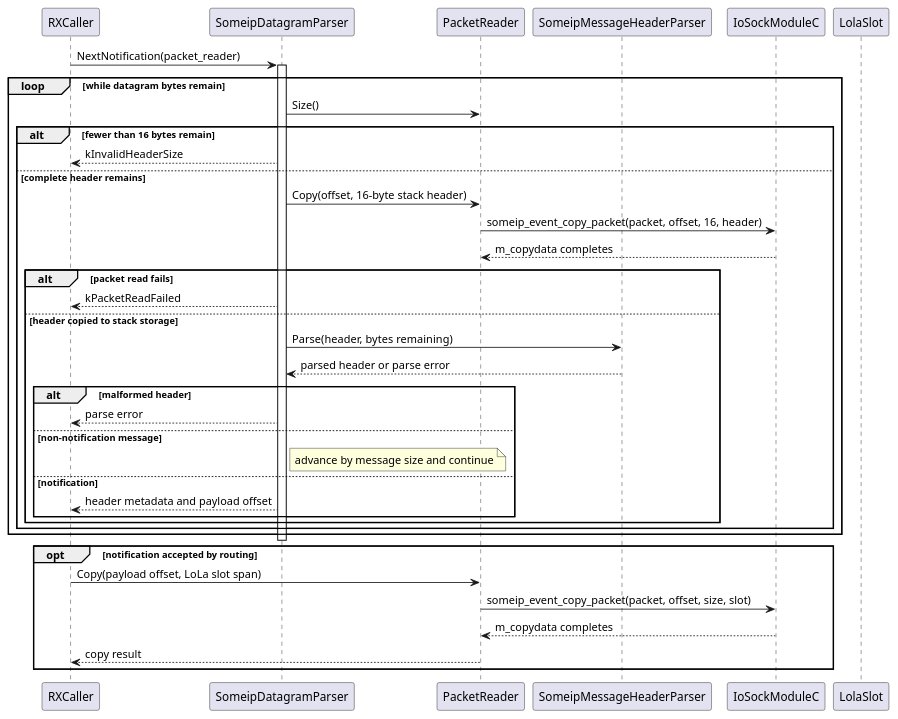
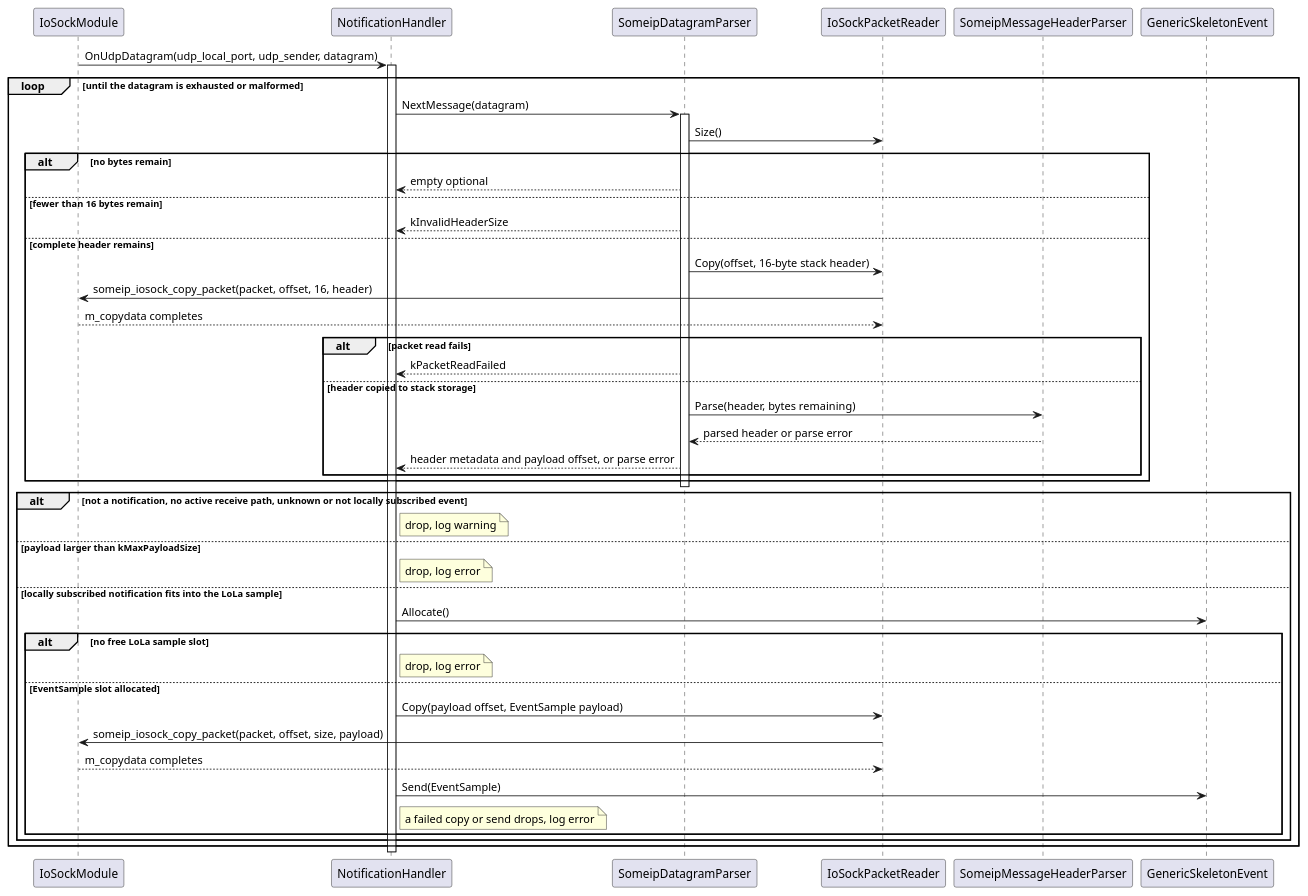
Before and after one commit to eclipse-score/communication: the diagram in score/someip/routing_module/notification_handler/dependability/someip_datagram_parser_sequence.puml, drawn with PlantUML. The commit also changed 12 other files, not shown here.

```diff
--- a/score/someip/routing_module/notification_handler/dependability/someip_datagram_parser_sequence.puml
+++ b/score/someip/routing_module/notification_handler/dependability/someip_datagram_parser_sequence.puml
@@ -14,44 +14,53 @@
 @startuml someip_datagram_parser_sequence
 
-participant RXCaller as Caller
+participant IoSockModule
+participant NotificationHandler
 participant SomeipDatagramParser as DatagramParser
-participant PacketReader
+participant IoSockPacketReader as PacketReader
 participant SomeipMessageHeaderParser as HeaderParser
-participant IoSockModuleC
-participant LolaSlot
+participant GenericSkeletonEvent as LolaEvent
 
-Caller -> DatagramParser : NextNotification(packet_reader)
-activate DatagramParser
-loop while datagram bytes remain
+IoSockModule -> NotificationHandler : OnUdpDatagram(udp_local_port, udp_sender, datagram)
+activate NotificationHandler
+loop until the datagram is exhausted or malformed
+    NotificationHandler -> DatagramParser : NextMessage(datagram)
+    activate DatagramParser
     DatagramParser -> PacketReader : Size()
-    alt fewer than 16 bytes remain
-        DatagramParser --> Caller : kInvalidHeaderSize
+    alt no bytes remain
+        DatagramParser --> NotificationHandler : empty optional
+    else fewer than 16 bytes remain
+        DatagramParser --> NotificationHandler : kInvalidHeaderSize
     else complete header remains
         DatagramParser -> PacketReader : Copy(offset, 16-byte stack header)
-        PacketReader -> IoSockModuleC : someip_event_copy_packet(packet, offset, 16, header)
-        IoSockModuleC --> PacketReader : m_copydata completes
+        PacketReader -> IoSockModule : someip_iosock_copy_packet(packet, offset, 16, header)
+        IoSockModule --> PacketReader : m_copydata completes
         alt packet read fails
-            DatagramParser --> Caller : kPacketReadFailed
+            DatagramParser --> NotificationHandler : kPacketReadFailed
         else header copied to stack storage
             DatagramParser -> HeaderParser : Parse(header, bytes remaining)
             HeaderParser --> DatagramParser : parsed header or parse error
-            alt malformed header
-                DatagramParser --> Caller : parse error
-            else non-notification message
-                note right of DatagramParser : advance by message size and continue
-            else notification
-                DatagramParser --> Caller : header metadata and payload offset
-            end
+            DatagramParser --> NotificationHandler : header metadata and payload offset, or parse error
+        end
+    end
+    deactivate DatagramParser
+
+    alt not a notification, no active receive path, unknown or not locally subscribed event
+        note right of NotificationHandler : drop, log warning
+    else payload larger than kMaxPayloadSize
+        note right of NotificationHandler : drop, log error
+    else locally subscribed notification fits into the LoLa sample
+        NotificationHandler -> LolaEvent : Allocate()
+        alt no free LoLa sample slot
+            note right of NotificationHandler : drop, log error
+        else EventSample slot allocated
+            NotificationHandler -> PacketReader : Copy(payload offset, EventSample payload)
+            PacketReader -> IoSockModule : someip_iosock_copy_packet(packet, offset, size, payload)
+            IoSockModule --> PacketReader : m_copydata completes
+            NotificationHandler -> LolaEvent : Send(EventSample)
+            note right of NotificationHandler : a failed copy or send drops, log error
         end
     end
 end
-deactivate DatagramParser
-
-opt notification accepted by routing
-    Caller -> PacketReader : Copy(payload offset, LoLa slot span)
-    PacketReader -> IoSockModuleC : someip_event_copy_packet(packet, offset, size, slot)
-    IoSockModuleC --> PacketReader : m_copydata completes
-    PacketReader --> Caller : copy result
-end
+deactivate NotificationHandler
 
 @enduml
```
